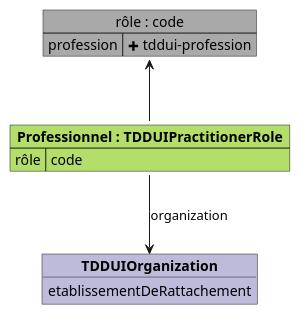
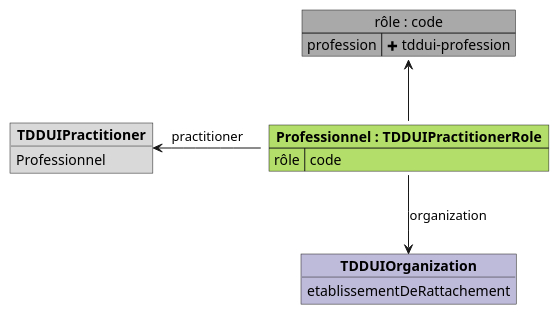
One commit to ansforge/IG-fhir-medicosocial-transfert-donnees-dui changed the diagram in input/images-source/mapping_TDDUIPractitionerRole.plantuml. Above: the diagram before and after it, drawn with PlantUML. The commit also changed 9 other files, not shown here.

```diff
--- a/input/images-source/mapping_TDDUIPractitionerRole.plantuml
+++ b/input/images-source/mapping_TDDUIPractitionerRole.plantuml
@@ -1,18 +1,23 @@
 @startuml
 
 map "rôle : code" as rôle #DarkGray {
     profession => <&plus> tddui-profession
 }
 
 object "**TDDUIOrganization**" as TDDUIOrganization #bebada {
     etablissementDeRattachement
 }
 
+object "**TDDUIPractitioner**" as TDDUIPractitioner #d9d9d9 {
+    Professionnel
+}
+
 map "**Professionnel : TDDUIPractitionerRole**" as Professionnel #b3de69 {
     rôle => code
 }
 
 Professionnel::rle -u-> rôle
 Professionnel -d-> TDDUIOrganization : organization
+Professionnel -l-> TDDUIPractitioner : practitioner
 
 @enduml
```
